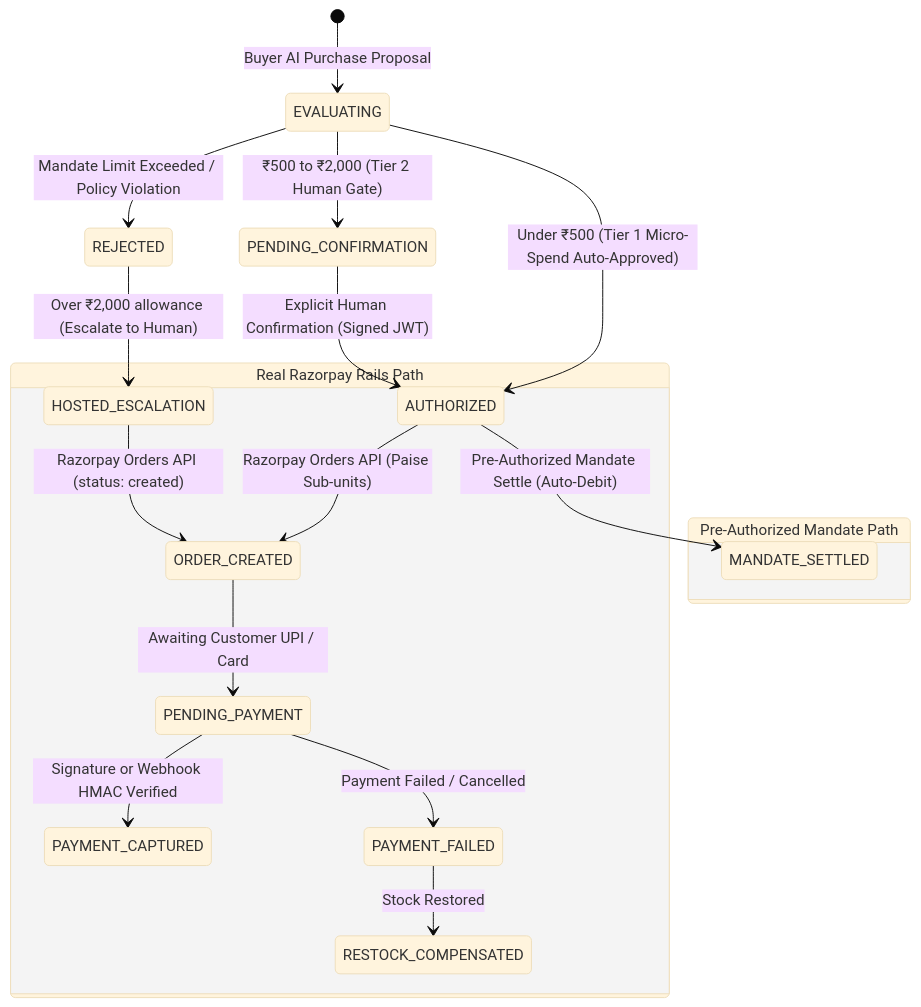
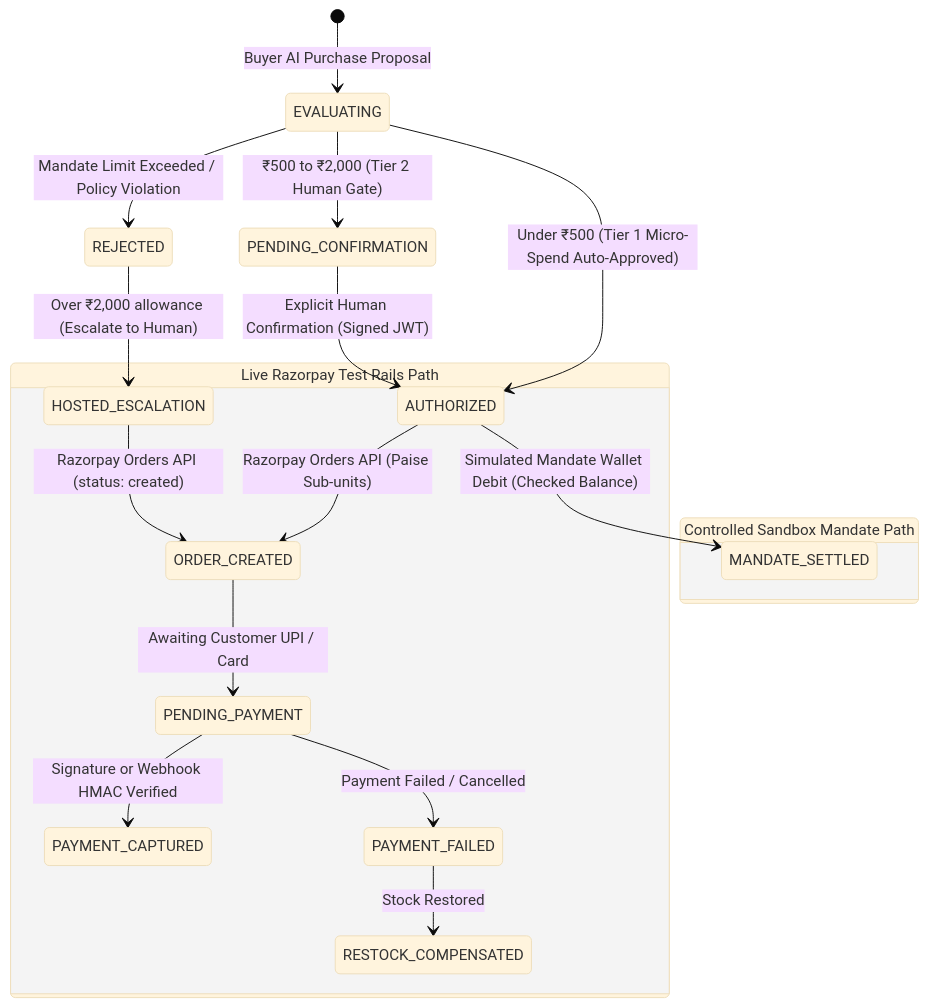
One commit to dinesh121005/RazorPay changed the second of 2 diagrams in README.md. Above: the diagram before and after it, drawn with Mermaid (base theme). The commit also changed other lines of this file and 6 other files, not shown here.

````diff
--- a/README.md
+++ b/README.md
@@ -155,25 +159,25 @@
 ```mermaid
 stateDiagram-v2
     [*] --> EVALUATING: Buyer AI Purchase Proposal
     
     EVALUATING --> REJECTED: Mandate Limit Exceeded / Policy Violation
     REJECTED --> HOSTED_ESCALATION: Over ₹2,000 allowance (Escalate to Human)
     
     EVALUATING --> PENDING_CONFIRMATION: ₹500 to ₹2,000 (Tier 2 Human Gate)
     PENDING_CONFIRMATION --> AUTHORIZED: Explicit Human Confirmation (Signed JWT)
     
     EVALUATING --> AUTHORIZED: Under ₹500 (Tier 1 Micro-Spend Auto-Approved)
     
-    state "Pre-Authorized Mandate Path" as AutoPath {
-        AUTHORIZED --> MANDATE_SETTLED: Pre-Authorized Mandate Settle (Auto-Debit)
+    state "Controlled Sandbox Mandate Path" as AutoPath {
+        AUTHORIZED --> MANDATE_SETTLED: Simulated Mandate Wallet Debit (Checked Balance)
     }
     
-    state "Real Razorpay Rails Path" as RazorpayPath {
+    state "Live Razorpay Test Rails Path" as RazorpayPath {
         HOSTED_ESCALATION --> ORDER_CREATED: Razorpay Orders API (status: created)
         AUTHORIZED --> ORDER_CREATED: Razorpay Orders API (Paise Sub-units)
         ORDER_CREATED --> PENDING_PAYMENT: Awaiting Customer UPI / Card
         PENDING_PAYMENT --> PAYMENT_CAPTURED: Signature or Webhook HMAC Verified
         PENDING_PAYMENT --> PAYMENT_FAILED: Payment Failed / Cancelled
         PAYMENT_FAILED --> RESTOCK_COMPENSATED: Stock Restored
     }
 ```
````
